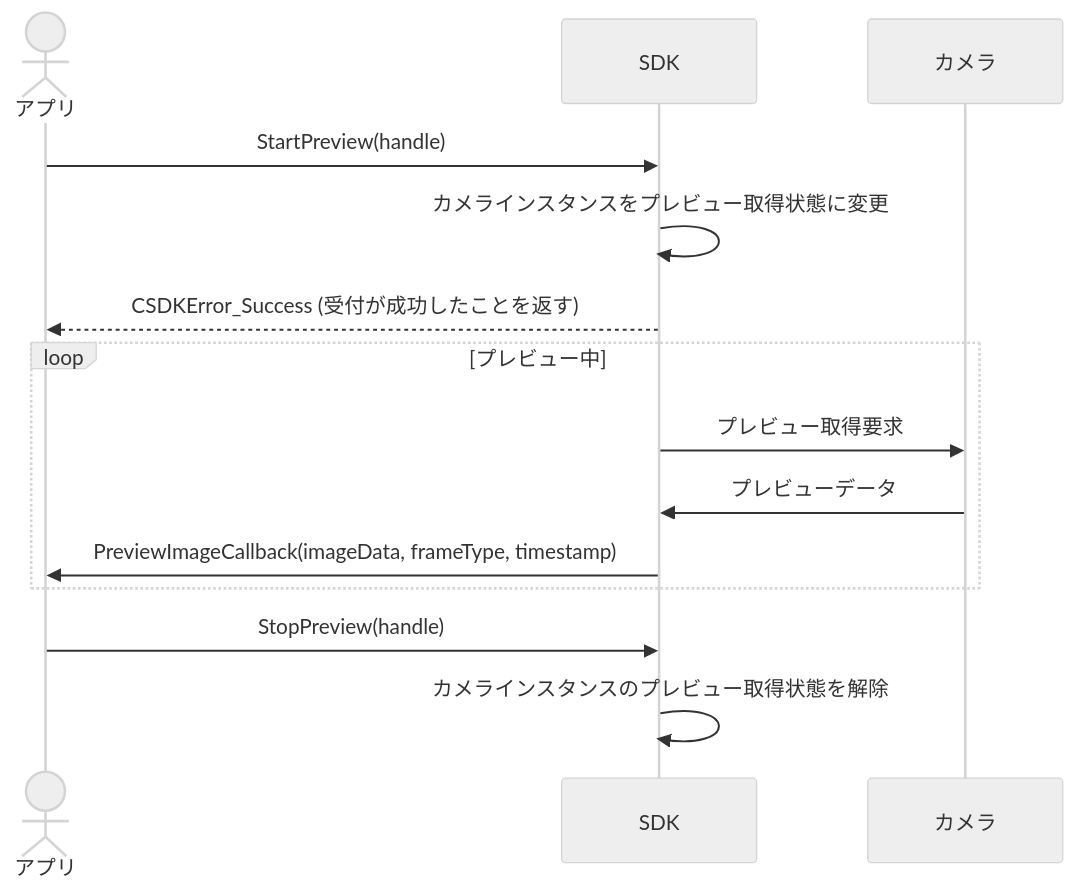
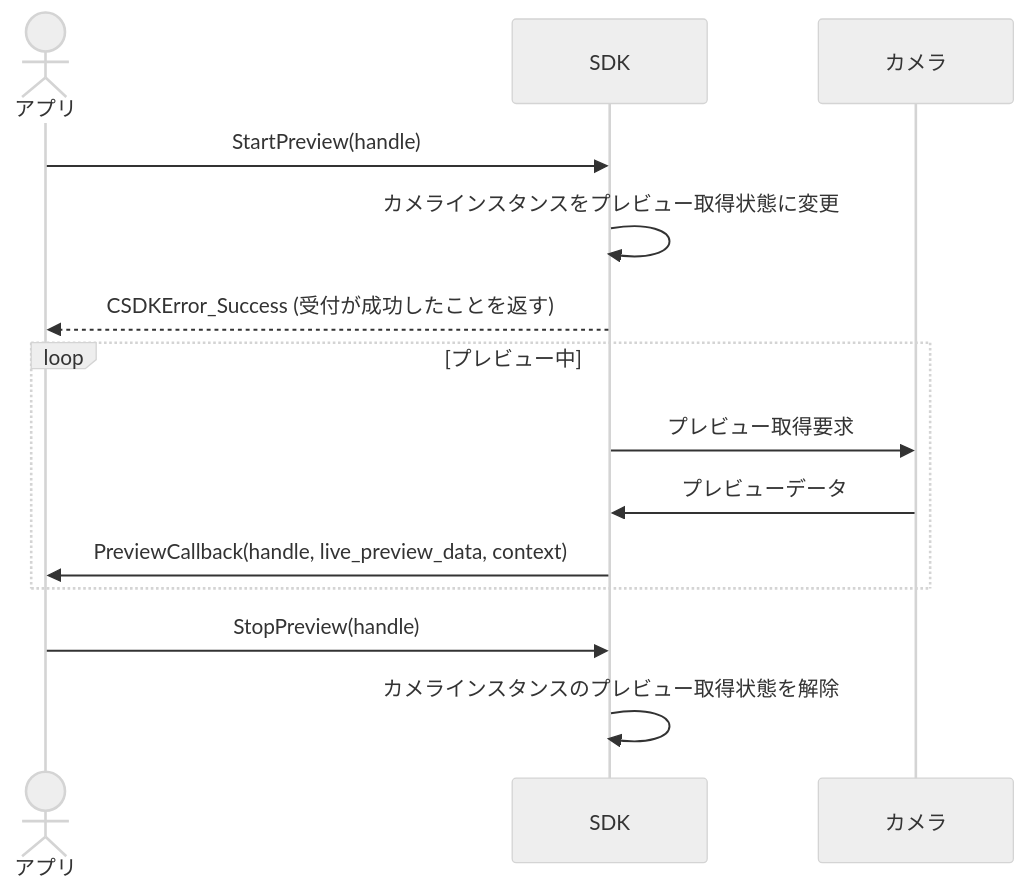
One commit to BH-mk2/portfolio_base_design changed the second of 4 diagrams in docs/my_design/session3_draft.md. Above: the diagram before and after it, drawn with Mermaid (neutral theme). The commit also changed other lines of this file and 1 other file, not shown here.

````diff
--- a/docs/my_design/session3_draft.md
+++ b/docs/my_design/session3_draft.md
@@ -33,17 +33,17 @@
 ```mermaid
 sequenceDiagram
   actor App as アプリ
   participant SDK as SDK
   participant Cam as カメラ
   App->>SDK: StartPreview(handle)
   SDK->>SDK: カメラインスタンスをプレビュー取得状態に変更
   SDK-->>App: CSDKError_Success (受付が成功したことを返す)
   loop プレビュー中
     SDK->>Cam: プレビュー取得要求
     Cam->>SDK: プレビューデータ
-    SDK->>App: PreviewImageCallback(imageData, frameType, timestamp)
+    SDK->>App: PreviewCallback(handle, live_preview_data, context)
   end
   App->>SDK: StopPreview(handle)
   SDK->>SDK: カメラインスタンスのプレビュー取得状態を解除
     
 ```
````
